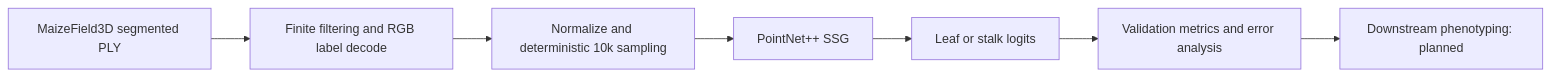
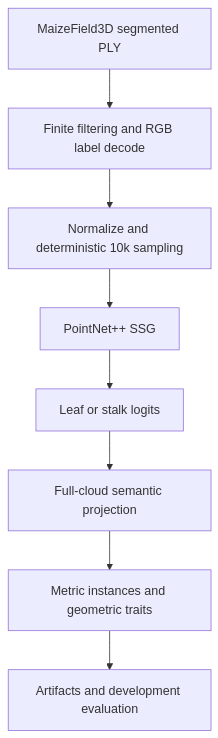
Before and after one commit to GuilhermeFrAlmeida/agri3d-crop-phenotyping: the diagram in README.md, drawn with Mermaid. The commit also changed other lines of this file and 37 other files, not shown here.

Commit message:
Implement frozen semantic inference and CPU-first Phases 4/5 phenotyping pipeline

````diff
--- a/README.md
+++ b/README.md
@@ -41,9 +41,10 @@
 ```mermaid
-flowchart LR
+flowchart TD
     A[MaizeField3D segmented PLY] --> B[Finite filtering and RGB label decode]
     B --> C[Normalize and deterministic 10k sampling]
     C --> D[PointNet++ SSG]
     D --> E[Leaf or stalk logits]
-    E --> F[Validation metrics and error analysis]
-    F --> G[Downstream phenotyping: planned]
+    E --> F[Full-cloud semantic projection]
+    F --> G[Metric instances and geometric traits]
+    G --> H[Artifacts and development evaluation]
 ```
````
